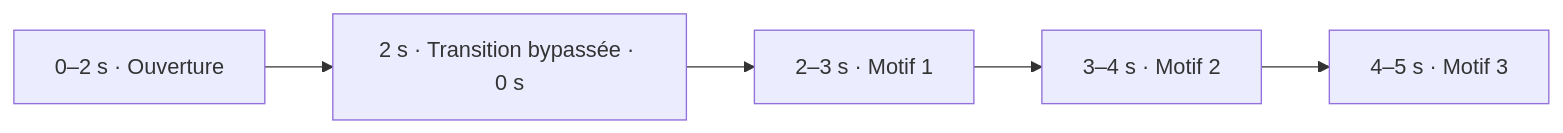
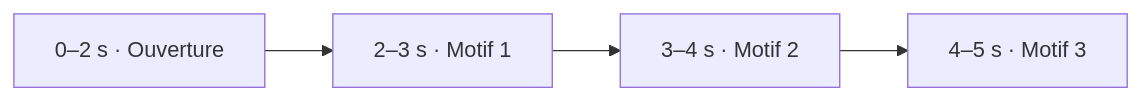
One commit to LucasBertrand/pianola-doc changed the second of 15 diagrams in etudes-de-cas.md. Above: the diagram before and after it, drawn with Mermaid. The commit also changed other lines of this file, not shown here.

````diff
--- a/etudes-de-cas.md
+++ b/etudes-de-cas.md
@@ -58,7 +58,6 @@
 ```mermaid
 flowchart LR
-    Ouverture["0–2 s · Ouverture"] --> Transition["2 s · Transition bypassée · 0 s"]
-    Transition --> Motif1["2–3 s · Motif 1"]
+    Ouverture["0–2 s · Ouverture"] --> Motif1["2–3 s · Motif 1"]
     Motif1 --> Motif2["3–4 s · Motif 2"]
     Motif2 --> Motif3["4–5 s · Motif 3"]
 ```
````
